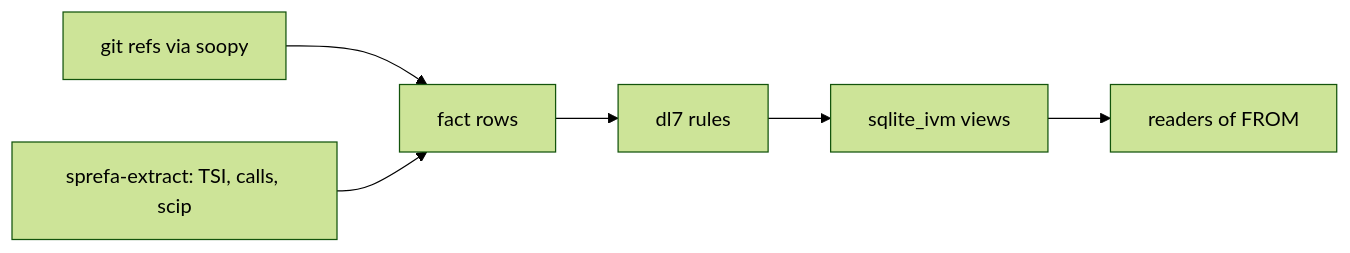
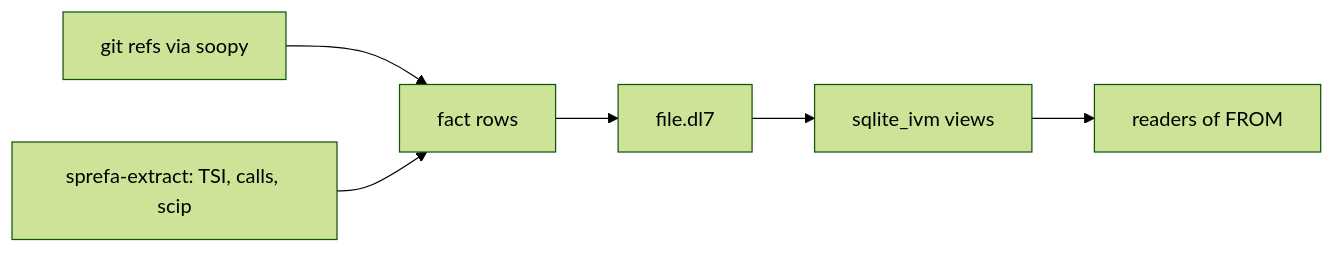
The diagram in v8/book/src/0_why.md (hafley66/sprefa), drawn with Mermaid (forest theme) before and after one commit. The commit also changed 18 other files, not shown here.

First line of the commit message:
docs(v8): one chained mermaid per book chapter

````diff
--- a/v8/book/src/0_why.md
+++ b/v8/book/src/0_why.md
@@ -9,8 +9,8 @@
 ```mermaid
 flowchart LR
   G[git refs via soopy] --> F[fact rows]
   X[sprefa-extract: TSI, calls, scip] --> F
-  F --> R[dl7 rules]
-  R --> V[sqlite_ivm views]
+  F --> dl7[file.dl7]
+  dl7 --> V[sqlite_ivm views]
   V --> O[readers of FROM]
 ```
````
